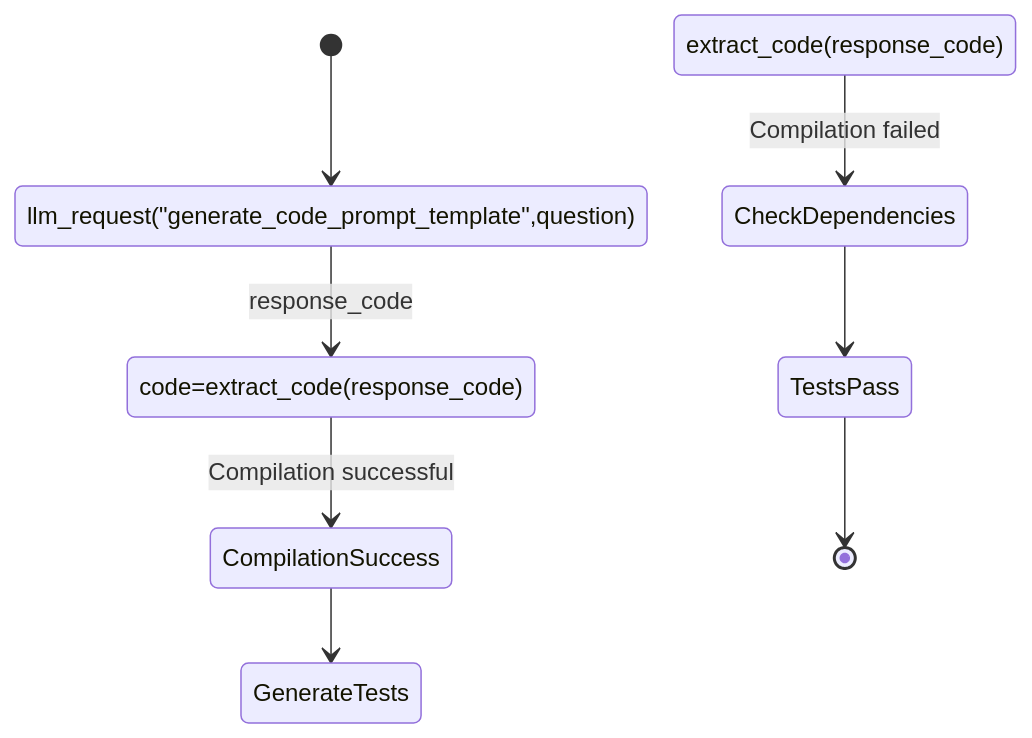
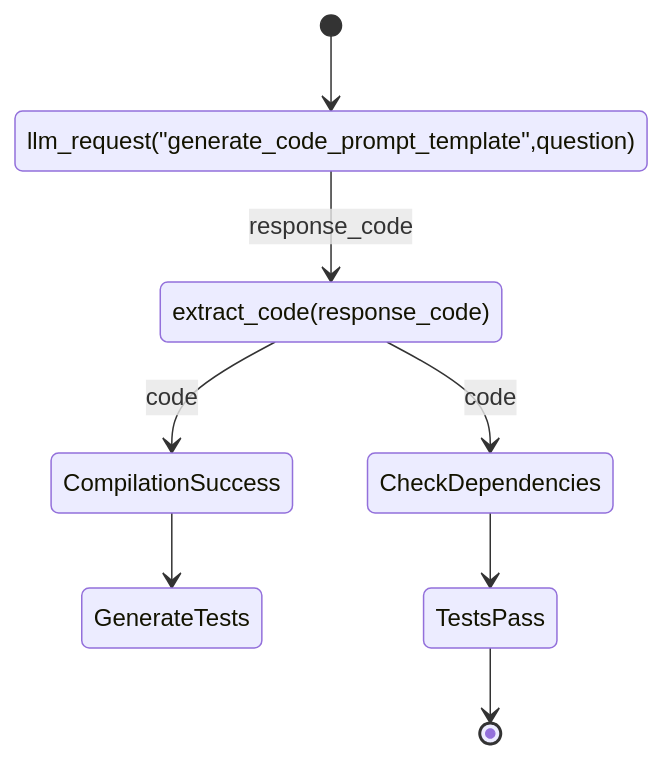
Before and after one commit to rizgan/LLM-Logic-Exec-Verify: the first of 2 diagrams in state.md, drawn with Mermaid.

````diff
--- a/state.md
+++ b/state.md
@@ -1,10 +1,10 @@
 ```mermaid
 stateDiagram
 [*] --> llm_request("generate_code_prompt_template",question)
-llm_request("generate_code_prompt_template",question) --> code=extract_code(response_code) : response_code
-code=extract_code(response_code) --> CompilationSuccess : Compilation successful
-extract_code(response_code) --> CheckDependencies : Compilation failed
+llm_request("generate_code_prompt_template",question) --> extract_code(response_code) : response_code
+extract_code(response_code) --> CompilationSuccess : code
+extract_code(response_code) --> CheckDependencies : code
 CompilationSuccess --> GenerateTests
 CheckDependencies  --> TestsPass
 TestsPass --> [*]
 ```
````
